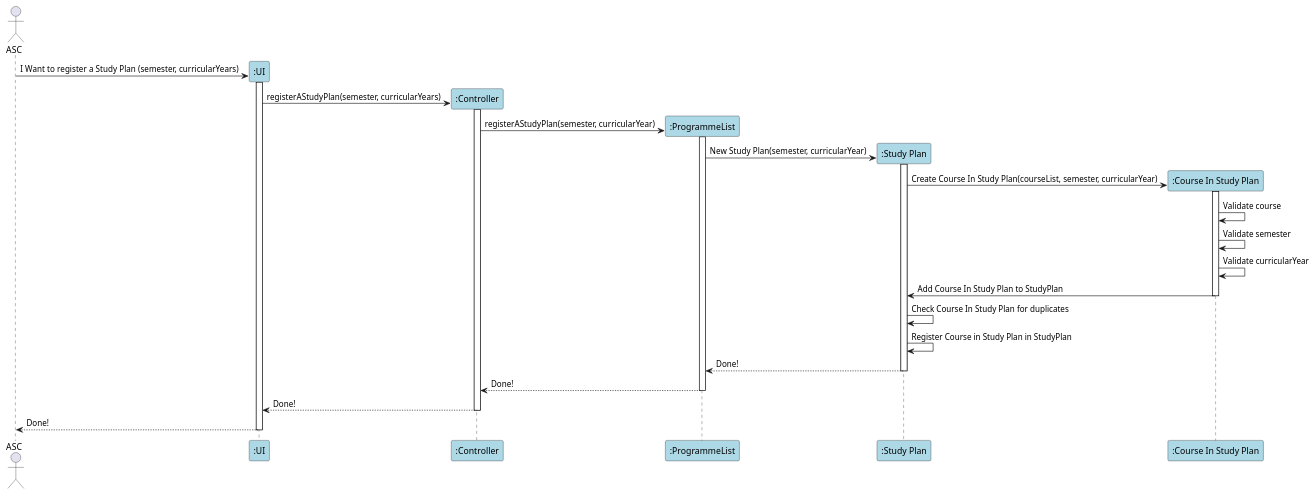
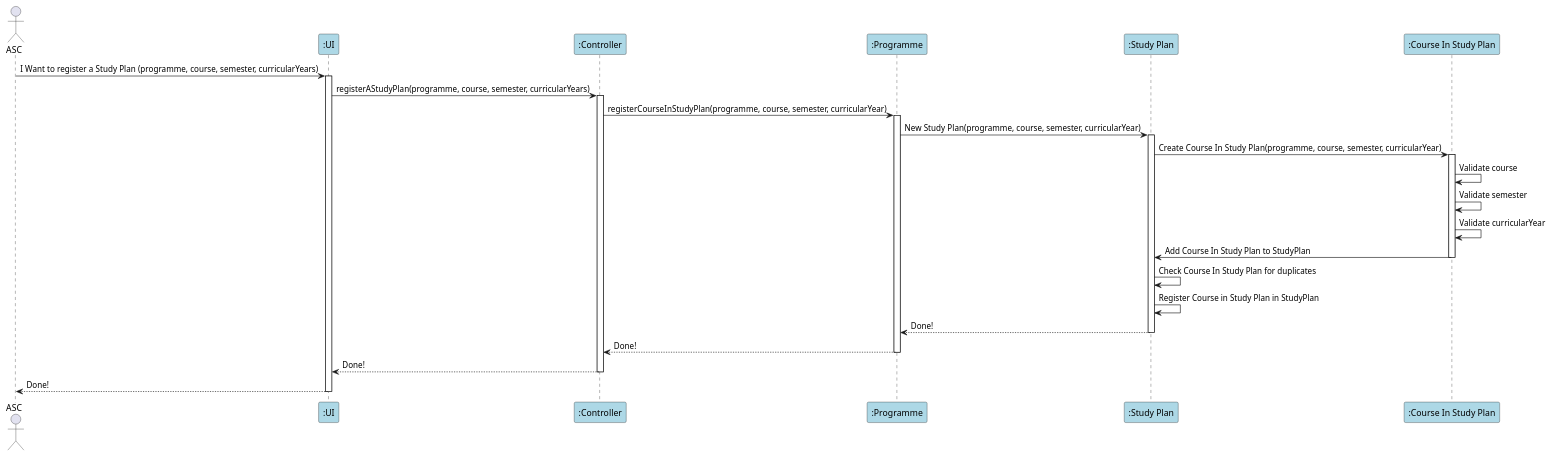
One commit to GasparISEP/DevOps-PAI changed the diagram in docs/sequenceSystemDiagrams/US27/US27_registerAProgrammeInTheSystemIncludingTheStudyPlan.puml. Above: the diagram before and after it, drawn with PlantUML. The commit also changed 3 other files, not shown here.

Commit message:
Update US27 Sequence Diagram. Update class Programme. Creation of US27 Controller and ControllerTest

```diff
--- a/docs/sequenceSystemDiagrams/US27/US27_registerAProgrammeInTheSystemIncludingTheStudyPlan.puml
+++ b/docs/sequenceSystemDiagrams/US27/US27_registerAProgrammeInTheSystemIncludingTheStudyPlan.puml
@@ -1,34 +1,41 @@
 @startuml
 actor ASC as Admin
+
+participant ":UI" as UI #lightblue
+participant ":Controller" as C #lightblue
+participant ":Programme" as P #lightblue
+participant ":Study Plan" as SP #lightblue
+participant ":Course In Study Plan" as CISP #lightblue
+
 create ":UI" as UI #lightblue
 
-Admin -> UI : I Want to register a Study Plan (semester, curricularYears)
+Admin -> UI : I Want to register a Study Plan (programme, course, semester, curricularYears)
 activate UI
 create ":Controller" as C #lightblue
-UI -> C : registerAStudyPlan(semester, curricularYears)
+UI -> C : registerAStudyPlan(programme, course, semester, curricularYears)
 activate C
-create ":ProgrammeList" as PL #lightblue
-C -> PL : registerAStudyPlan(semester, curricularYear)
-activate PL
+create ":Programme" as P #lightblue
+C -> P : registerCourseInStudyPlan(programme, course, semester, curricularYear)
+activate P
 create ":Study Plan" as SP #lightblue
-PL -> SP : New Study Plan(semester, curricularYear)
+P -> SP : New Study Plan(programme, course, semester, curricularYear)
 activate SP
 create ":Course In Study Plan" as CISP #lightblue
-SP -> CISP : Create Course In Study Plan(courseList, semester, curricularYear)
+SP -> CISP : Create Course In Study Plan(programme, course, semester, curricularYear)
 activate CISP
 CISP -> CISP : Validate course
 CISP -> CISP : Validate semester
 CISP -> CISP : Validate curricularYear
 CISP -> SP : Add Course In Study Plan to StudyPlan
 deactivate CISP
 SP -> SP : Check Course In Study Plan for duplicates
 SP -> SP : Register Course in Study Plan in StudyPlan
-SP --> PL : Done!
+SP --> P : Done!
 deactivate SP
-PL --> C : Done!
-deactivate PL
+P --> C : Done!
+deactivate P
 C --> UI : Done!
 deactivate C
 UI --> Admin : Done!
 deactivate UI
 @enduml
```
